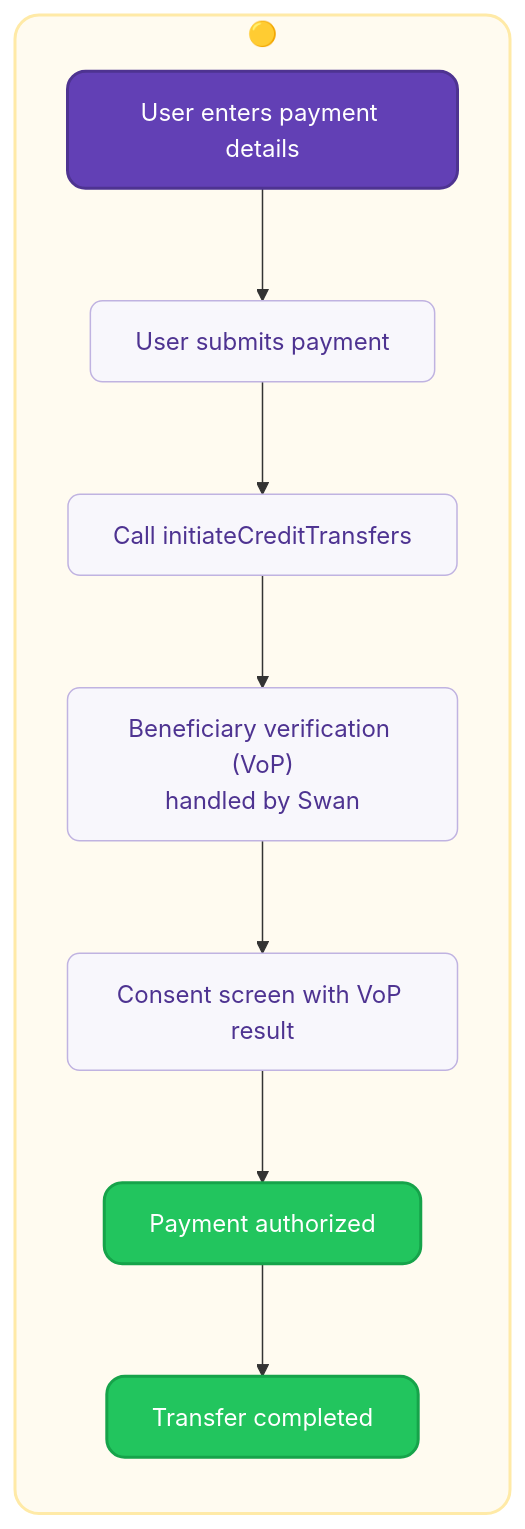
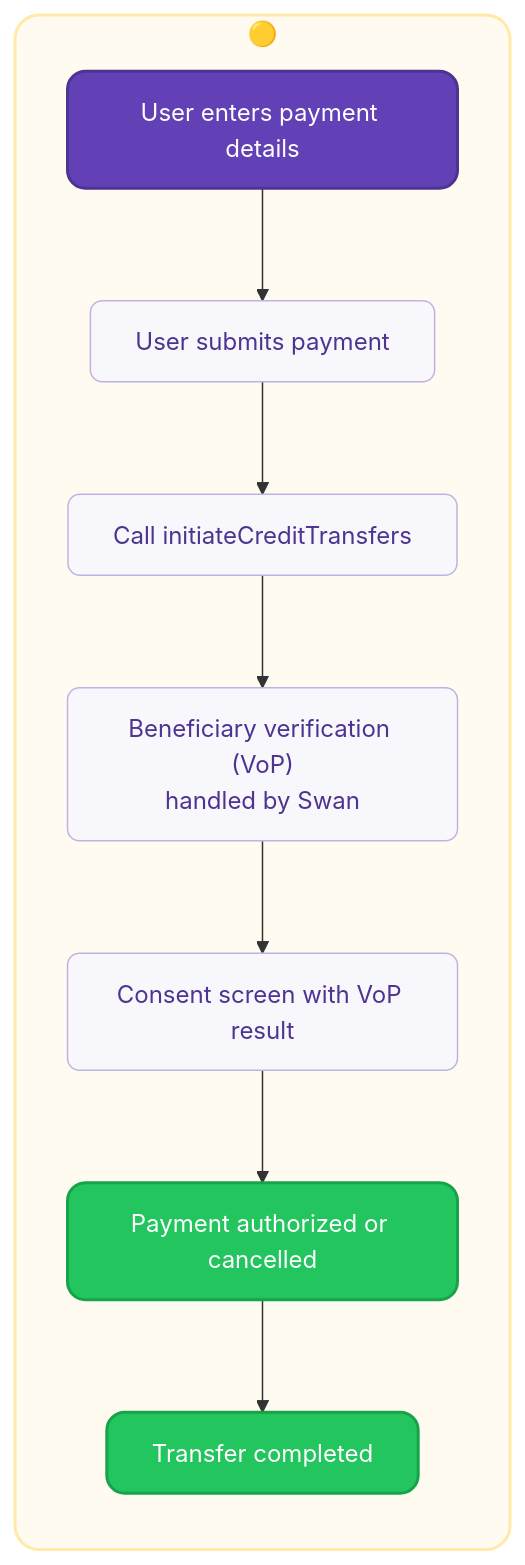
One commit to swan-io/docs changed the second of 4 diagrams in docs/topics/payments/credit-transfers/sepa/verification-of-payee.mdx. Above: the diagram before and after it, drawn with Mermaid. The commit also changed other lines of this file, not shown here.

````diff
--- a/docs/topics/payments/credit-transfers/sepa/verification-of-payee.mdx
+++ b/docs/topics/payments/credit-transfers/sepa/verification-of-payee.mdx
@@ -215,25 +215,25 @@
 ```mermaid
 flowchart TD
     subgraph Option1 ["🟡"]
         direction TB
         A1["User enters payment details"] --> B1["User submits payment"]
         B1 --> C1["Call initiateCreditTransfers"]
         C1 --> D1["Beneficiary verification (VoP)<br/>handled by Swan"]
         D1 --> E1["Consent screen with VoP result"]
-        E1 --> F1["Payment authorized"]
+        E1 --> F1["Payment authorized or cancelled"]
         F1 --> G1["Transfer completed"]
     end
     
     classDef default fill:#ffffff,stroke:#6240b5,stroke-width:1px,color:#271a48,rx:8,ry:8
     classDef input fill:#6240b5,stroke:#4e3391,stroke-width:2px,color:#ffffff,rx:12,ry:12
     classDef process fill:#f8f7fc,stroke:#c0b3e1,stroke-width:1px,color:#4e3391,rx:8,ry:8
     classDef success fill:#22c55e,stroke:#16a34a,stroke-width:2px,color:#ffffff,rx:12,ry:12
     classDef transfer fill:#22c55e,stroke:#16a34a,stroke-width:2px,color:#ffffff,rx:12,ry:12
     classDef subgraph1 fill:#fffbf0,stroke:#ffeaa7,stroke-width:2px,rx:16,ry:16
     
     class A1 input
     class B1,C1,D1,E1 process
     class F1 success
     class G1 transfer
     class Option1 subgraph1
 ```
````
